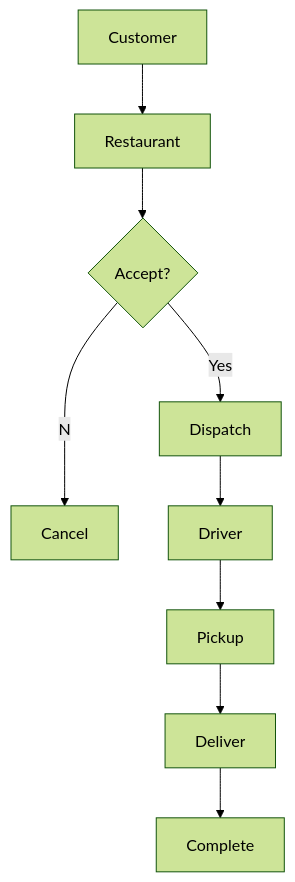
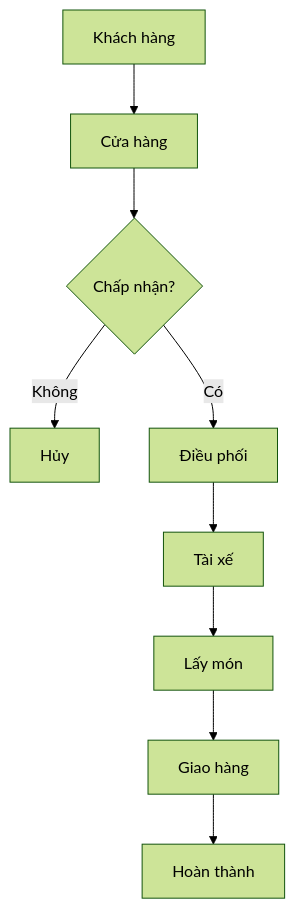
The diagram in Proposal_Short.md (dacvn777sg/XuanLoc_food_delivery), drawn with Mermaid (forest theme) before and after one commit. The commit also changed other lines of this file, not shown here.

Commit message:
Update Proposal_Short: Vietnamese business flow, 50% effort on Backend/Customer/Driver/Admin, recompute commercial (110-140M)

````diff
--- a/Proposal_Short.md
+++ b/Proposal_Short.md
@@ -44,11 +44,11 @@
 ```mermaid
 flowchart TD
-A[Customer]-->B[Restaurant]
-B-->C{Accept?}
-C--No-->X[Cancel]
-C--Yes-->D[Dispatch]
-D-->E[Driver]
-E-->F[Pickup]
-F-->G[Deliver]
-G-->H[Complete]
+A[Khách hàng]-->B[Cửa hàng]
+B-->C{Chấp nhận?}
+C--Không-->X[Hủy]
+C--Có-->D[Điều phối]
+D-->E[Tài xế]
+E-->F[Lấy món]
+F-->G[Giao hàng]
+G-->H[Hoàn thành]
 ```
````
